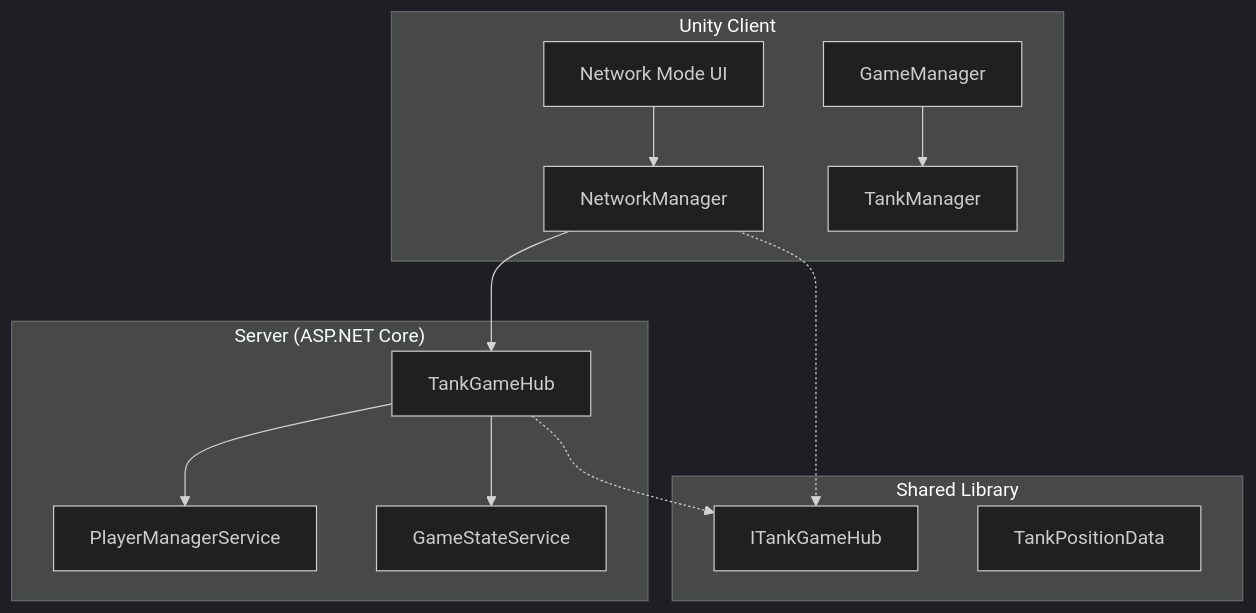
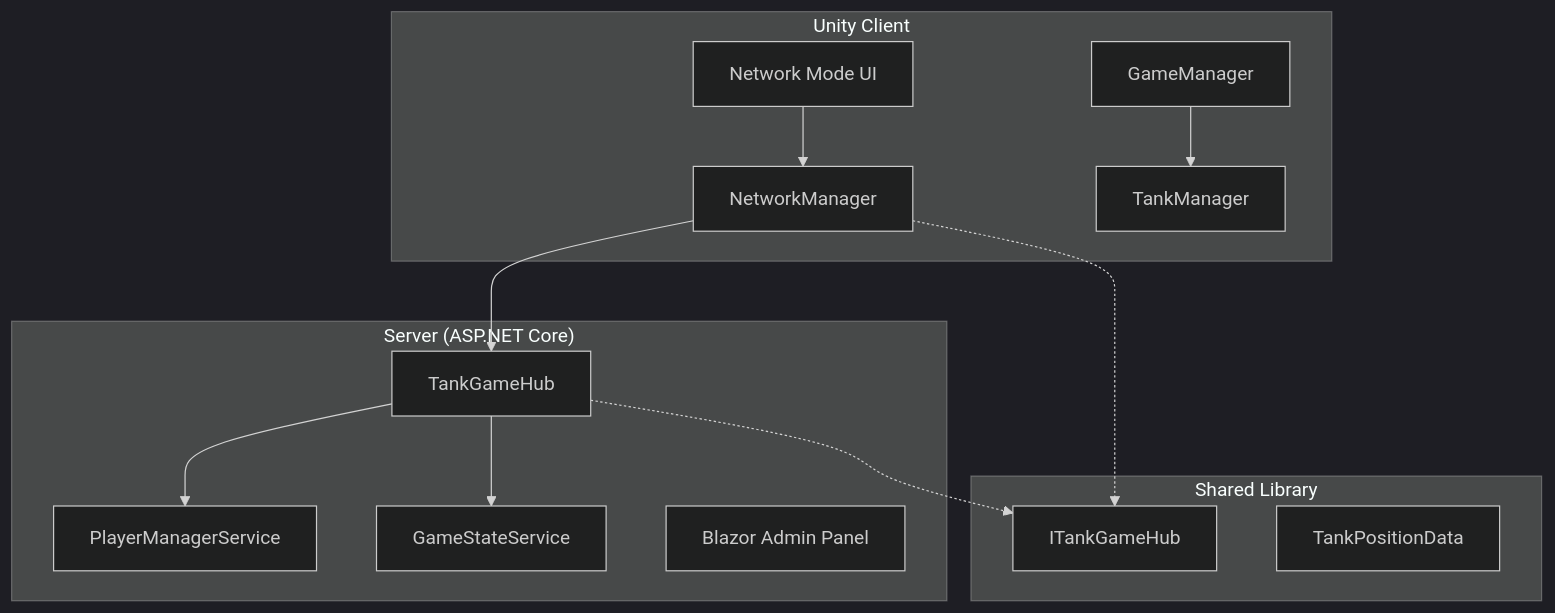
Before and after one commit to Kaguchi08/tanks_ex: the first of 4 diagrams in DESIGN_DOCUMENT.md, drawn with Mermaid (dark theme). The commit also changed other lines of this file and 1 other file, not shown here.

````diff
--- a/DESIGN_DOCUMENT.md
+++ b/DESIGN_DOCUMENT.md
@@ -24,28 +26,29 @@
 ```mermaid
 graph TB
     subgraph "Unity Client"
         UI[Network Mode UI]
         GM[GameManager]
         NM[NetworkManager]
         TM[TankManager]
     end
     
     subgraph "Server (ASP.NET Core)"
         PS[PlayerManagerService]
         GS[GameStateService]
         TGH[TankGameHub]
+        BA[Blazor Admin Panel]
     end
     
     subgraph "Shared Library"
         ITH[ITankGameHub]
         TPD[TankPositionData]
     end
     
     UI --> NM
     GM --> TM
     NM --> TGH
     TGH --> PS
     TGH --> GS
     NM -.-> ITH
     TGH -.-> ITH
 ```
````
